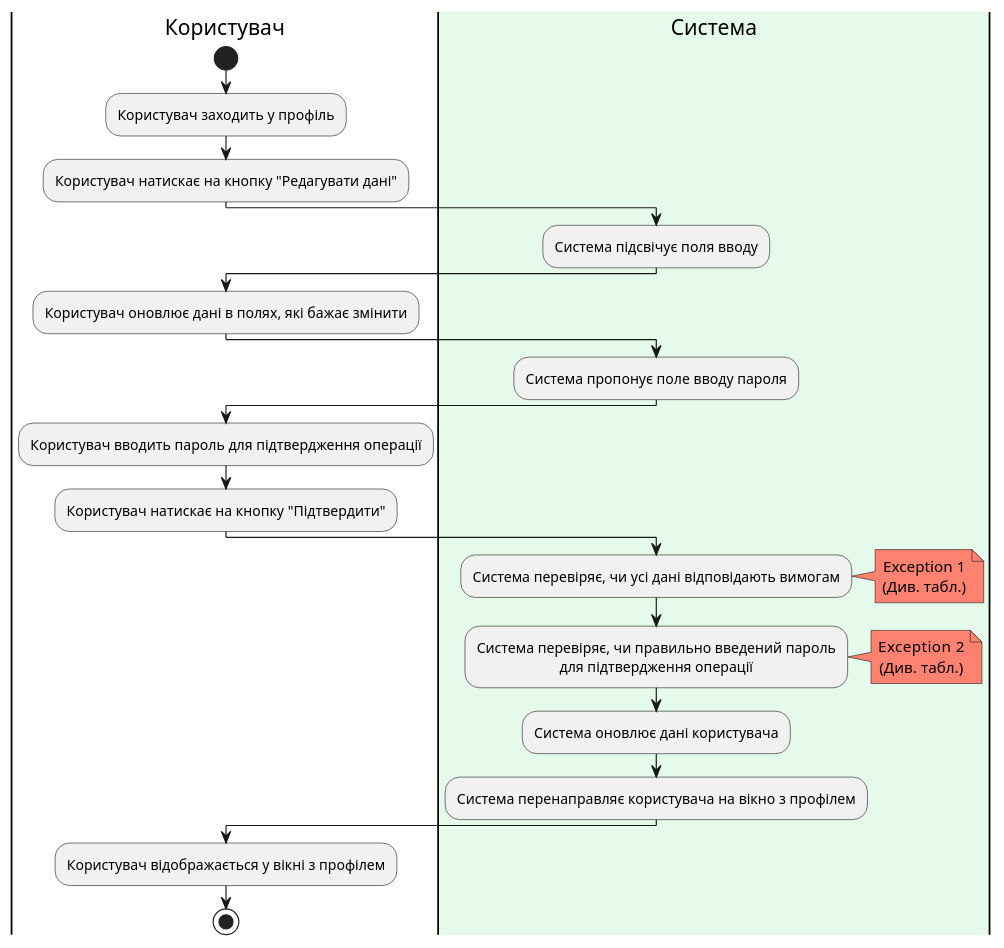
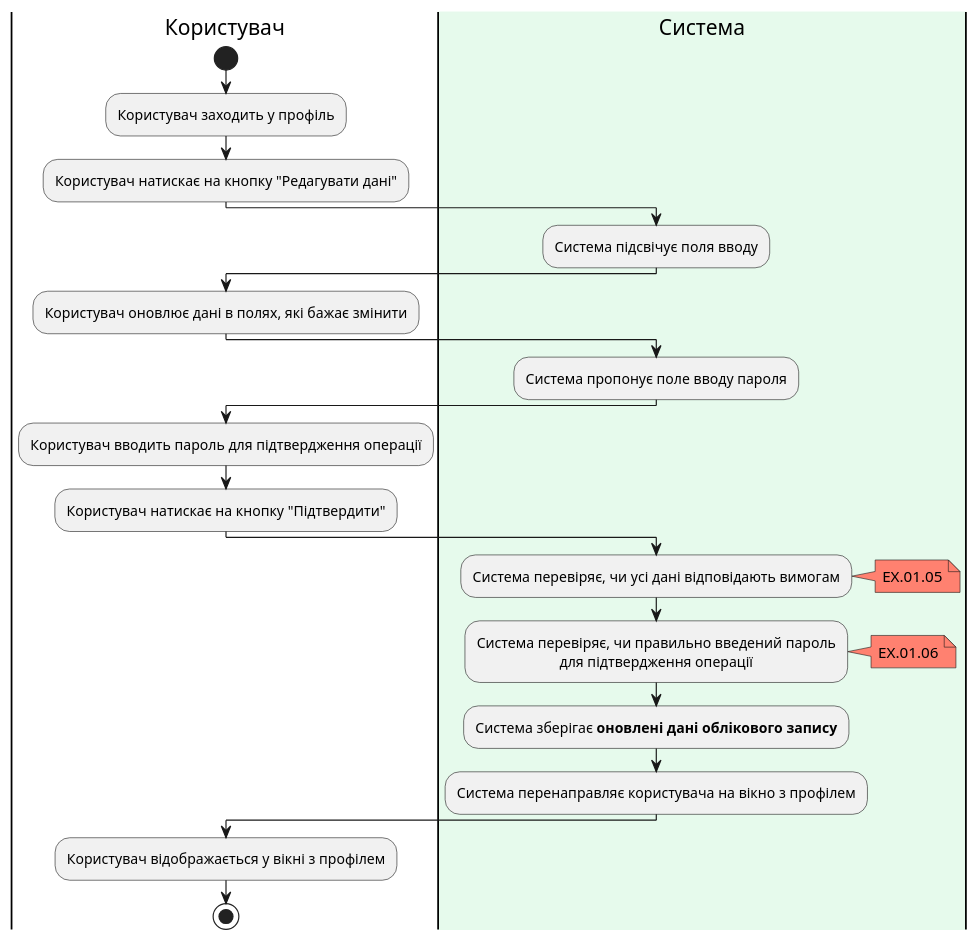
Before and after one commit to generalmaks/db_labs: the seventh of 16 diagrams in docs/use_cases.md, drawn with PlantUML. The commit also changed other lines of this file, not shown here.

Commit message:
Update activity diagram of ChangeUserData

````diff
--- a/docs/use_cases.md
+++ b/docs/use_cases.md
@@ -360,46 +360,42 @@
 ```plantuml
 @startuml
 |Користувач|
 start
 skinparam defaultTextAlignment center
 
 |Користувач|
 :Користувач заходить у профіль;
 :Користувач натискає на кнопку "Редагувати дані";
 
-
 |#e6faec|Система|
 :Система підсвічує поля вводу;
 
 |Користувач|
 :Користувач оновлює дані в полях, які бажає змінити;
-
 
 |#e6faec|Система|
 :Система пропонує поле вводу пароля;
 
 |Користувач|
 :Користувач вводить пароль для підтвердження операції;
 :Користувач натискає на кнопку "Підтвердити";
 
 |#e6faec|Система|
 :Система перевіряє, чи усі дані відповідають вимогам;
 note right #ff8170
-Exception 1
-(Див. табл.)
+EX.01.05
 end note
 :Система перевіряє, чи правильно введений пароль
 для підтвердження операції;
 note right #ff8170
-Exception  2
-(Див. табл.)
+EX.01.06
 end note
 
-:Система оновлює дані користувача;
+:Система зберігає **оновлені дані облікового запису**;
 :Система перенаправляє користувача на вікно з профілем;
 
 |Користувач|
 :Користувач відображається у вікні з профілем;
 stop
 @enduml
 ```
````
